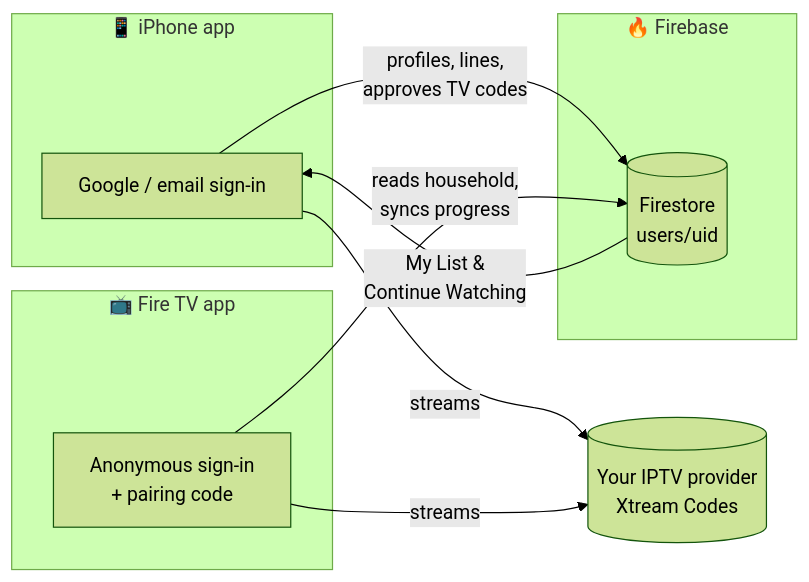
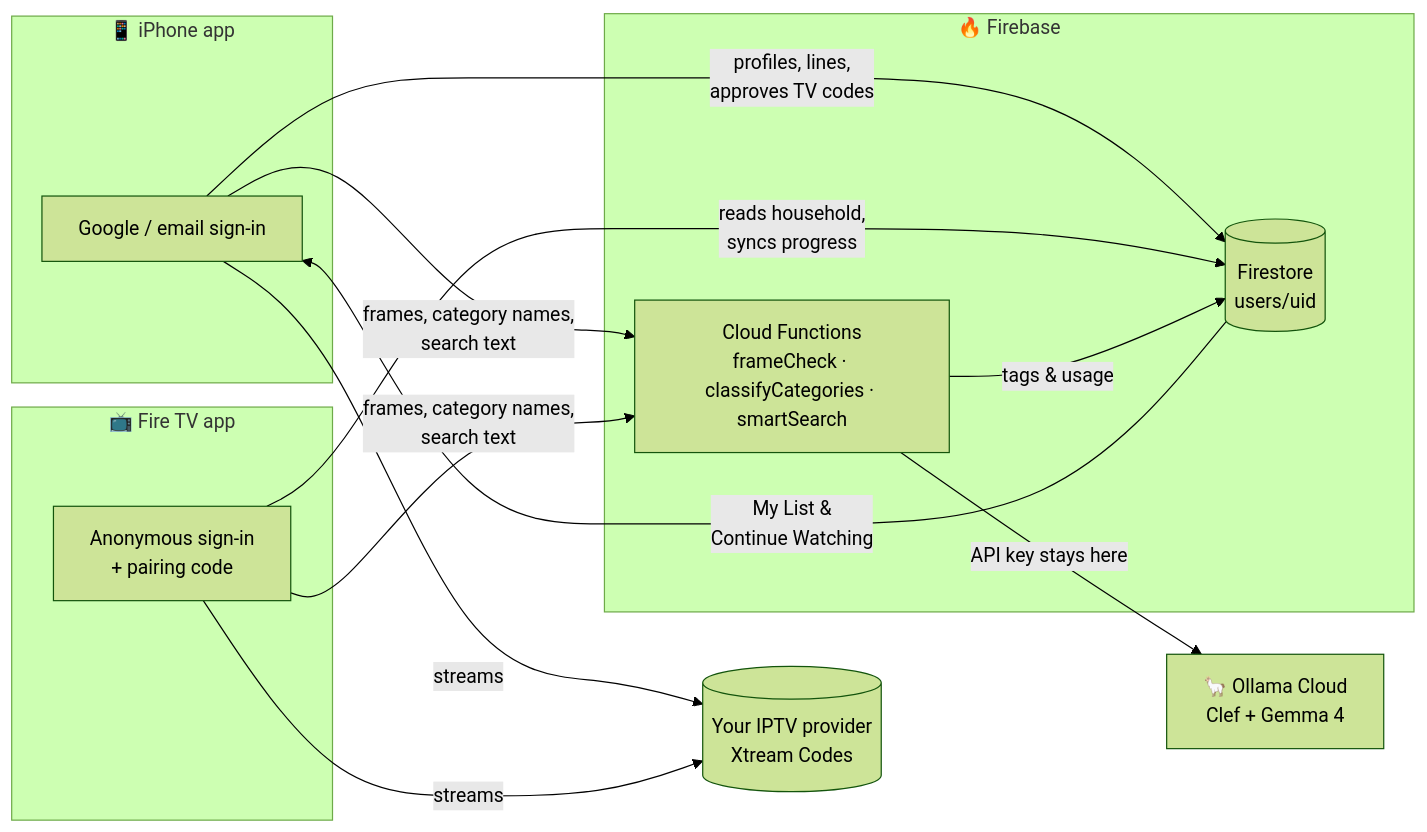
Before and after one commit to pri-te-sh/NUCFLIX: the first of 2 diagrams in README.md, drawn with Mermaid (forest theme). The commit also changed other lines of this file, not shown here.

Commit message:
README: smart features, how the AI works, setup for Cloud Functions

````diff
--- a/README.md
+++ b/README.md
@@ -91,19 +112,24 @@
 ```mermaid
 flowchart LR
     subgraph Phone["📱 iPhone app"]
         A[Google / email sign-in]
     end
     subgraph TV["📺 Fire TV app"]
         B[Anonymous sign-in<br/>+ pairing code]
     end
     subgraph FB["🔥 Firebase"]
         C[(Firestore<br/>users/uid)]
+        F[Cloud Functions<br/>frameCheck · classifyCategories · smartSearch]
     end
+    O[🦙 Ollama Cloud<br/>Clef + Gemma 4]
     P[(Your IPTV provider<br/>Xtream Codes)]
 
     A -- profiles, lines,<br/>approves TV codes --> C
     B -- reads household,<br/>syncs progress --> C
     C -- My List &<br/>Continue Watching --> A
+    A & B -- frames, category names,<br/>search text --> F
+    F -- API key stays here --> O
+    F -- tags & usage --> C
     A -- streams --> P
     B -- streams --> P
 ```
````
